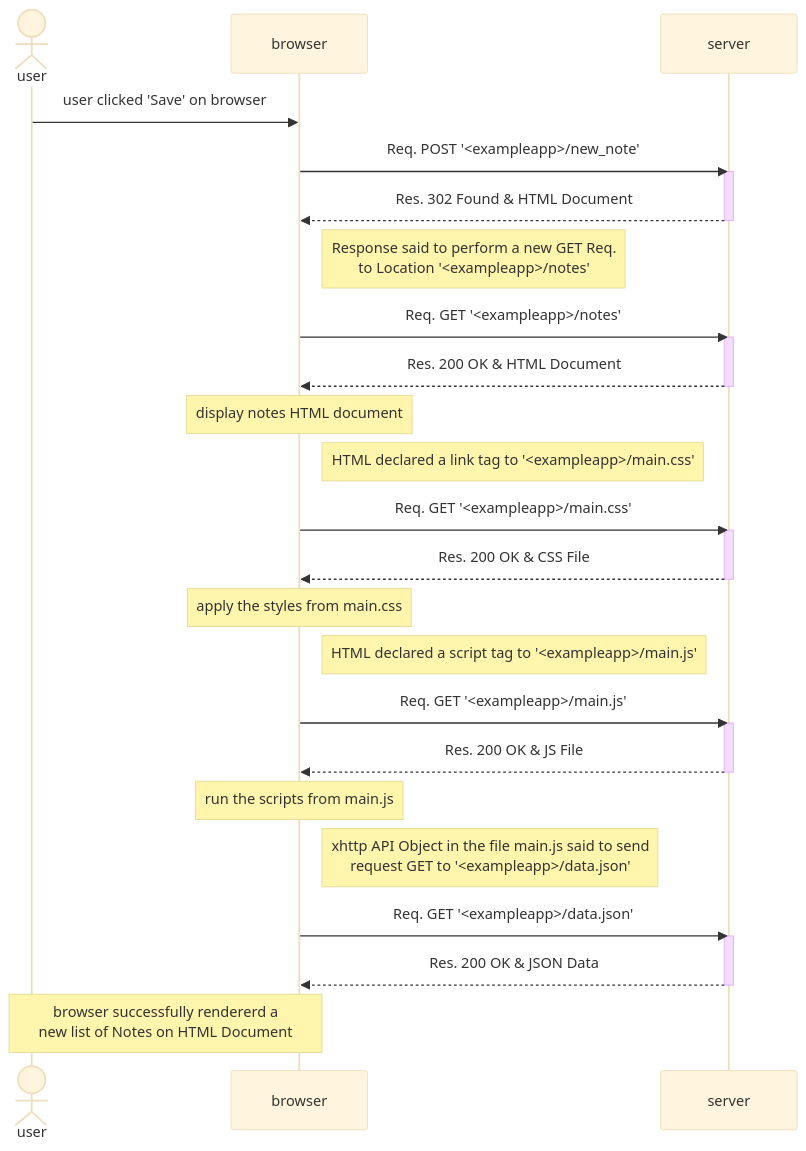
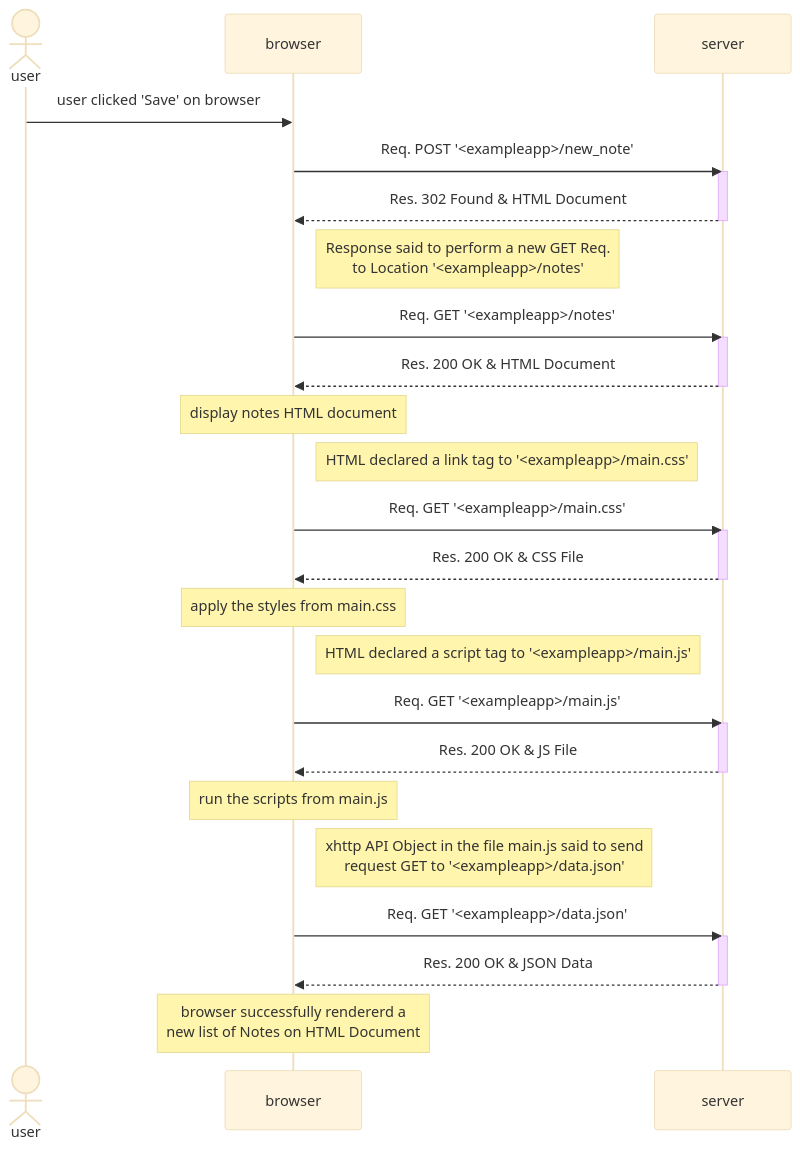
One commit to thanajong/fullstackopen-university-of-helsinki changed the diagram in part0/ex0.4-new-note.md. Above: the diagram before and after it, drawn with Mermaid (base theme). The commit also changed 2 other files, not shown here.

Commit message:
Change success note

````diff
--- a/part0/ex0.4-new-note.md
+++ b/part0/ex0.4-new-note.md
@@ -1,36 +1,36 @@
 ```mermaid
 sequenceDiagram
     actor user
     participant browser
     participant server
 
     user ->> browser: user clicked 'Save' on browser
     browser ->> server: Req. POST '<exampleapp>/new_note'
     activate server
     server -->> browser: Res. 302 Found & HTML Document
     deactivate server
     note right of browser: Response said to perform a new GET Req. <br> to Location '<exampleapp>/notes' 
     browser ->> server: Req. GET '<exampleapp>/notes'
     activate server
     server -->> browser: Res. 200 OK & HTML Document
     deactivate server
     note over browser: display notes HTML document
     note right of browser: HTML declared a link tag to '<exampleapp>/main.css'
     browser ->> server: Req. GET '<exampleapp>/main.css'
     activate server
     server -->> browser: Res. 200 OK & CSS File
     deactivate server
     note over browser: apply the styles from main.css
     note right of browser: HTML declared a script tag to '<exampleapp>/main.js'
     browser ->> server: Req. GET '<exampleapp>/main.js'
     activate server
     server -->> browser: Res. 200 OK & JS File
     deactivate server
     note over browser: run the scripts from main.js
     note right of browser: xhttp API Object in the file main.js said to send <br> request GET to '<exampleapp>/data.json'
     browser ->> server: Req. GET '<exampleapp>/data.json'
     activate server
     server -->> browser: Res. 200 OK & JSON Data
     deactivate server
-    note over user,browser: browser successfully rendererd a <br> new list of Notes on HTML Document
+    note over browser: browser successfully rendererd a <br> new list of Notes on HTML Document
 ```
````
